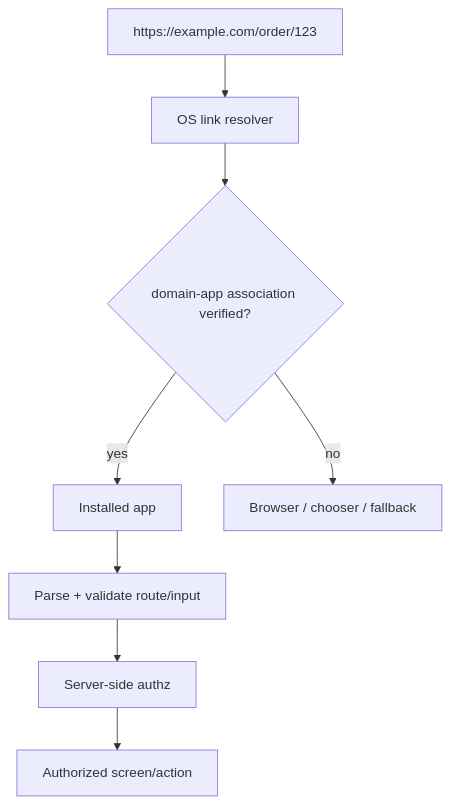
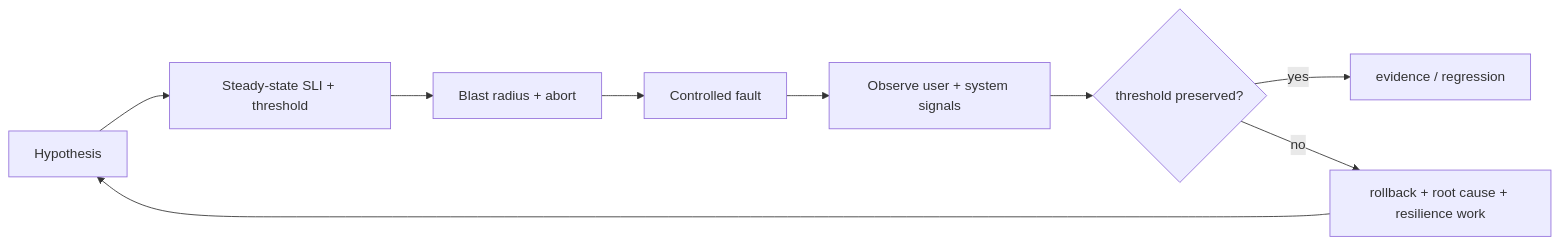
One commit to cebrailbagatarhan/software-engineering-interview-roadmap changed the second of 2 diagrams in daily/2026-09-22/07-00.md. Above: the diagram before and after it, drawn with Mermaid. The commit also changed other lines of this file, not shown here.

````diff
--- a/daily/2026-09-22/07-00.md
+++ b/daily/2026-09-22/07-00.md
@@ -68,10 +80,11 @@
 ```mermaid
-flowchart TD
- L[https://example.com/order/123] --> OS[OS link resolver]
- OS --> V{domain-app association verified?}
- V -- yes --> APP[Installed app]
- V -- no --> WEB[Browser / chooser / fallback]
- APP --> PARSE[Parse + validate route/input]
- PARSE --> AUTH[Server-side authz]
- AUTH --> VIEW[Authorized screen/action]
+flowchart LR
+ H[Hypothesis] --> S[Steady-state SLI + threshold]
+ S --> B[Blast radius + abort]
+ B --> F[Controlled fault]
+ F --> O[Observe user + system signals]
+ O --> D{threshold preserved?}
+ D -->|yes| E[evidence / regression]
+ D -->|no| R[rollback + root cause + resilience work]
+ R --> H
 ```
````
